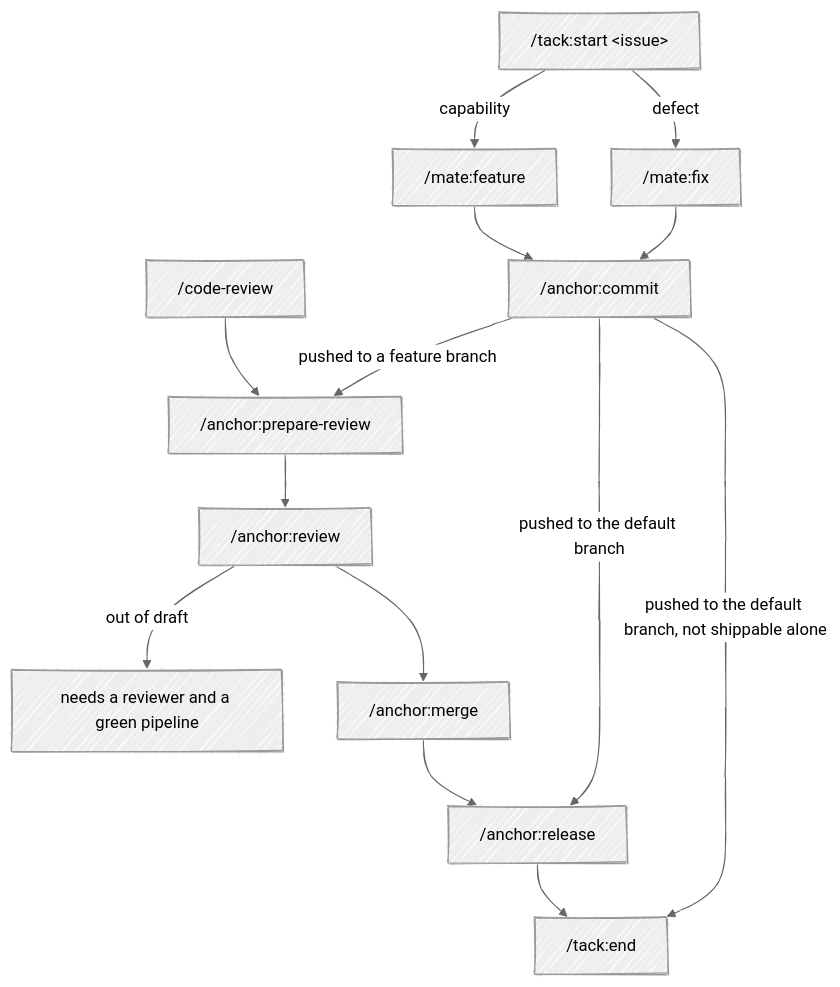
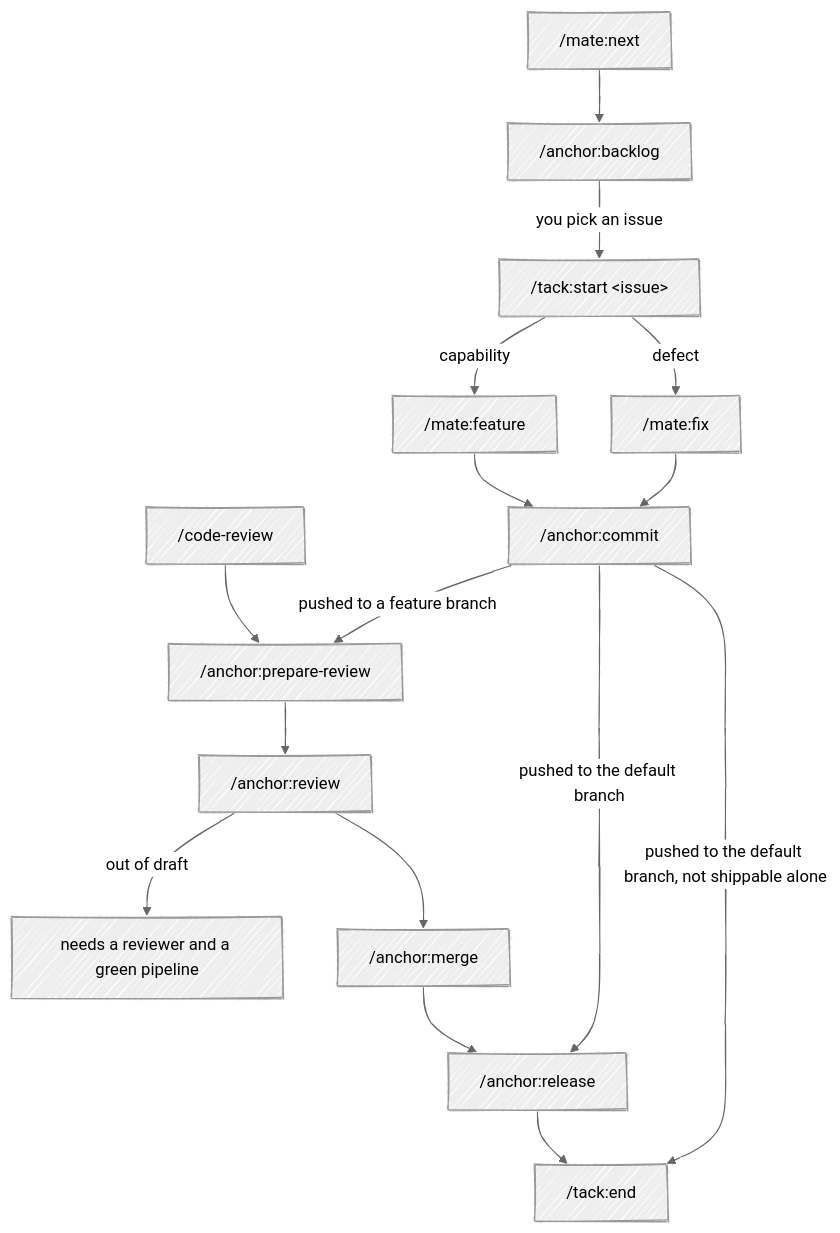
One commit to chris-peterson/mate changed the diagram in docs/workflow.md. Above: the diagram before and after it, drawn with Mermaid (neutral theme). The commit also changed other lines of this file and 11 other files, not shown here.

First line of the commit message:
Add /mate:next to pick the work and offer it

````diff
--- a/docs/workflow.md
+++ b/docs/workflow.md
@@ -12,17 +12,19 @@
 ```mermaid
 %%{ init: { 'look': 'handDrawn' } }%%
 flowchart TD
+    next["/mate:next"] --> backlog["/anchor:backlog"]
+    backlog -->|you pick an issue| start
     start["/tack:start &lt;issue&gt;"] -->|defect| fix["/mate:fix"]
     start -->|capability| feature["/mate:feature"]
     fix --> commit["/anchor:commit"]
     feature --> commit
     commit -->|pushed to a feature branch| prepare["/anchor:prepare-review"]
     commit -->|pushed to the default branch| release["/anchor:release"]
     commit -->|pushed to the default branch, not shippable alone| endr["/tack:end"]
     codereview["/code-review"] --> prepare
     prepare --> review["/anchor:review"]
     review -->|out of draft| handoff["needs a reviewer and a green pipeline"]
     review --> merge["/anchor:merge"]
     merge --> release
     release --> endr
 ```
````
